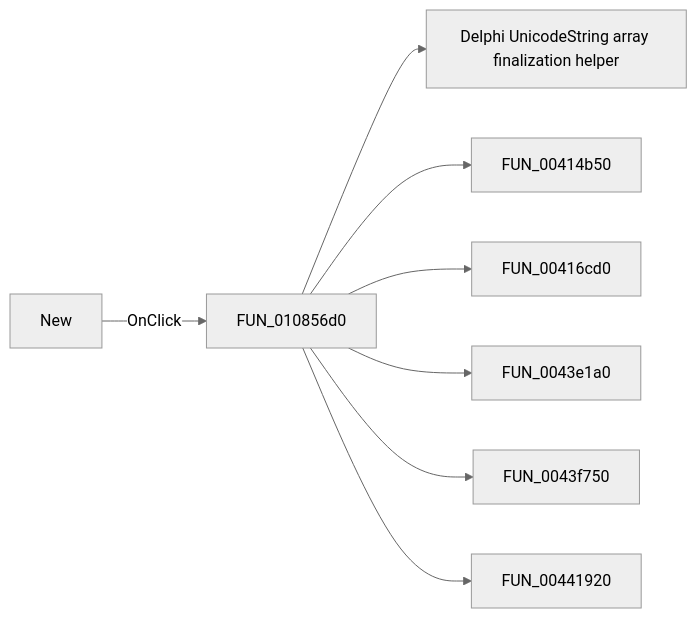
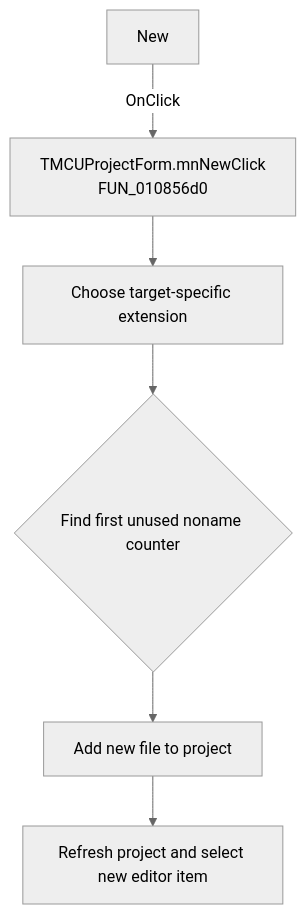
One commit to MovGP0/TIARA changed the diagram in docs/ui-controls/mcuprojectform/mnmainnew-ac7f896a31.md. Above: the diagram before and after it, drawn with Mermaid (neutral theme). The commit also changed other lines of this file and 1062 other files, not shown here.

````diff
--- a/docs/ui-controls/mcuprojectform/mnmainnew-ac7f896a31.md
+++ b/docs/ui-controls/mcuprojectform/mnmainnew-ac7f896a31.md
@@ -27,10 +27,8 @@
 ```mermaid
-flowchart LR
-    control["New"] -->|OnClick| handler["FUN_010856d0"]
-    handler --> call1["Delphi UnicodeString array finalization helper"]
-    handler --> call2["FUN_00414b50"]
-    handler --> call3["FUN_00416cd0"]
-    handler --> call4["FUN_0043e1a0"]
-    handler --> call5["FUN_0043f750"]
-    handler --> call6["FUN_00441920"]
+flowchart TD
+    control["New"] -->|OnClick| handler["TMCUProjectForm.mnNewClick<br/>FUN_010856d0"]
+    handler --> extension["Choose target-specific extension"]
+    extension --> unique{"Find first unused noname counter"}
+    unique --> create["Add new file to project"]
+    create --> refresh["Refresh project and select new editor item"]
 ```
````
